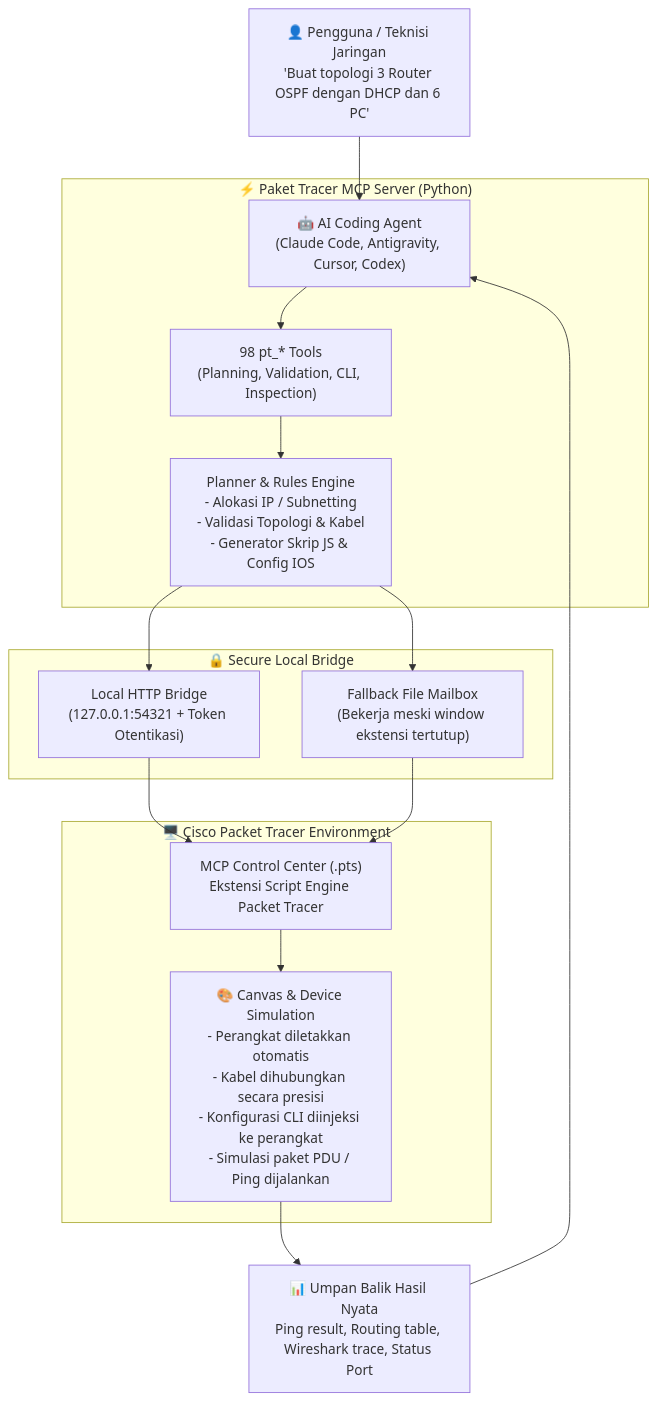
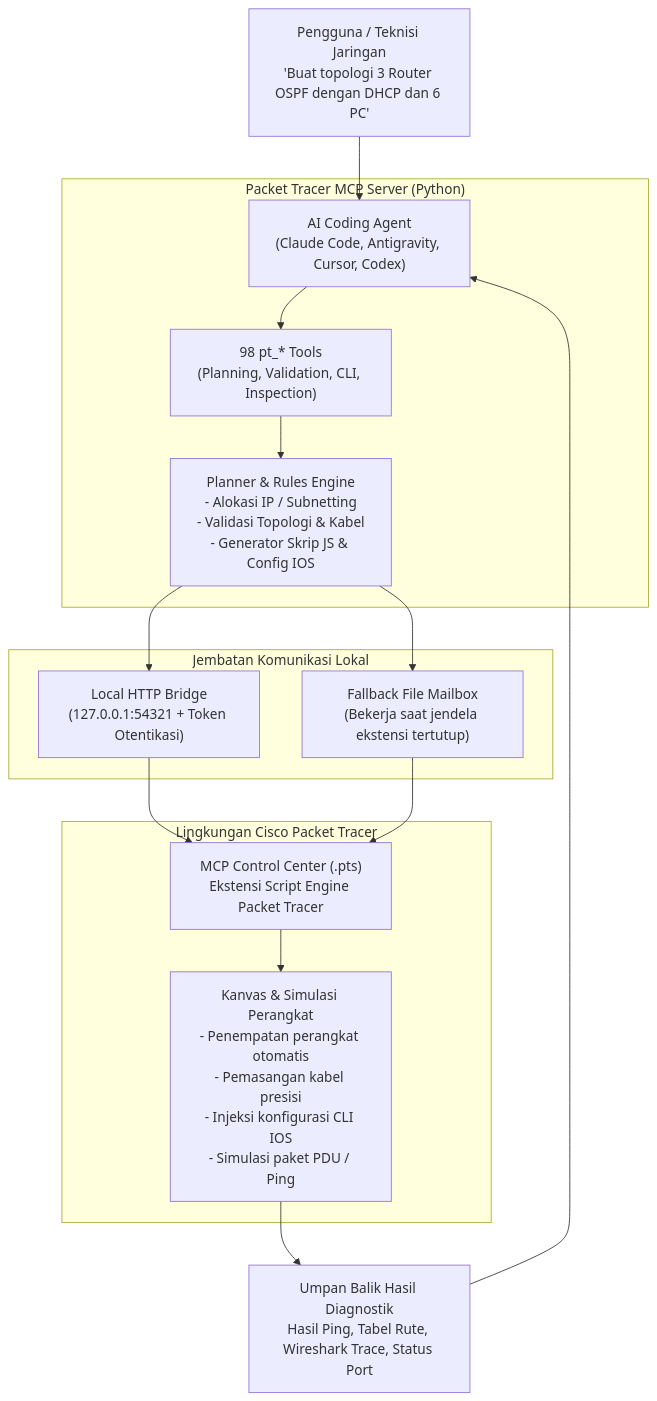
The first of 2 diagrams in README.md (Masmas99/MCP-Packet-Tracer), drawn with Mermaid before and after one commit. The commit also changed other lines of this file, not shown here.

````diff
--- a/README.md
+++ b/README.md
@@ -63,23 +63,23 @@
 ```mermaid
 flowchart TD
-    User["👤 Pengguna / Teknisi Jaringan<br/>'Buat topologi 3 Router OSPF dengan DHCP dan 6 PC'"] --> Agent["🤖 AI Coding Agent<br/>(Claude Code, Antigravity, Cursor, Codex)"]
+    User["Pengguna / Teknisi Jaringan<br/>'Buat topologi 3 Router OSPF dengan DHCP dan 6 PC'"] --> Agent["AI Coding Agent<br/>(Claude Code, Antigravity, Cursor, Codex)"]
     
-    subgraph MCP_Layer ["⚡ Paket Tracer MCP Server (Python)"]
+    subgraph MCP_Layer ["Packet Tracer MCP Server (Python)"]
         Agent --> Tools["98 pt_* Tools<br/>(Planning, Validation, CLI, Inspection)"]
         Tools --> Core["Planner & Rules Engine<br/>- Alokasi IP / Subnetting<br/>- Validasi Topologi & Kabel<br/>- Generator Skrip JS & Config IOS"]
     end
     
-    subgraph Bridge_Layer ["🔒 Secure Local Bridge"]
+    subgraph Bridge_Layer ["Jembatan Komunikasi Lokal"]
         Core --> HTTP["Local HTTP Bridge<br/>(127.0.0.1:54321 + Token Otentikasi)"]
-        Core --> FileMB["Fallback File Mailbox<br/>(Bekerja meski window ekstensi tertutup)"]
+        Core --> FileMB["Fallback File Mailbox<br/>(Bekerja saat jendela ekstensi tertutup)"]
     end
     
-    subgraph PT_Layer ["🖥️ Cisco Packet Tracer Environment"]
+    subgraph PT_Layer ["Lingkungan Cisco Packet Tracer"]
         HTTP --> Ext["MCP Control Center (.pts)<br/>Ekstensi Script Engine Packet Tracer"]
         FileMB --> Ext
-        Ext --> Canvas["🎨 Canvas & Device Simulation<br/>- Perangkat diletakkan otomatis<br/>- Kabel dihubungkan secara presisi<br/>- Konfigurasi CLI diinjeksi ke perangkat<br/>- Simulasi paket PDU / Ping dijalankan"]
+        Ext --> Canvas["Kanvas & Simulasi Perangkat<br/>- Penempatan perangkat otomatis<br/>- Pemasangan kabel presisi<br/>- Injeksi konfigurasi CLI IOS<br/>- Simulasi paket PDU / Ping"]
     end
 
-    Canvas --> Feedback["📊 Umpan Balik Hasil Nyata<br/>Ping result, Routing table, Wireshark trace, Status Port"]
+    Canvas --> Feedback["Umpan Balik Hasil Diagnostik<br/>Hasil Ping, Tabel Rute, Wireshark Trace, Status Port"]
     Feedback --> Agent
 ```
````
